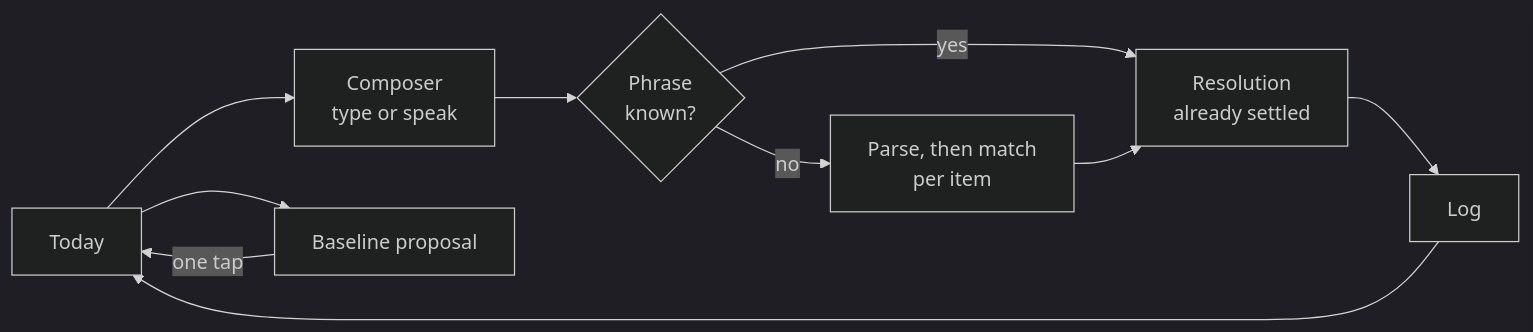
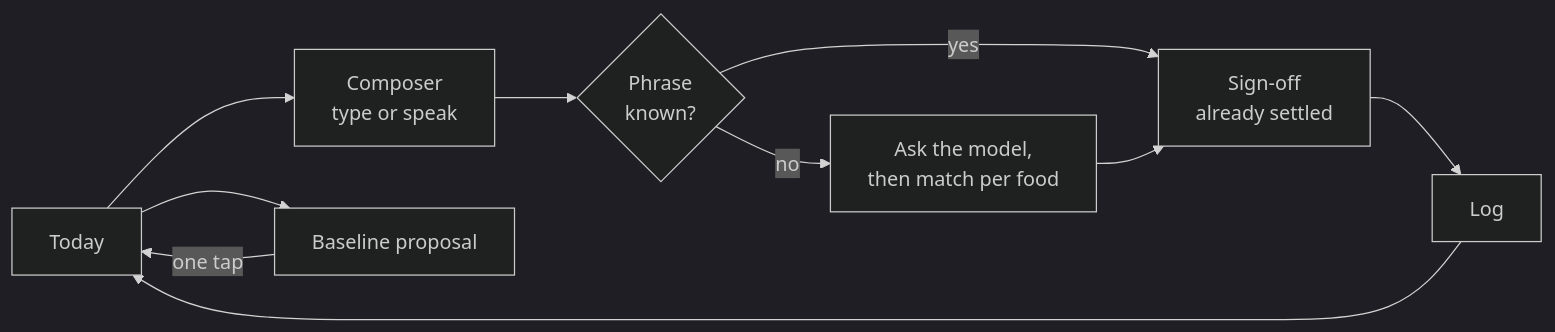
The second of 2 diagrams in PLAN.md (j23n/omnomnom), drawn with Mermaid (dark theme) before and after one commit. The commit also changed other lines of this file and 1 other file, not shown here.

````diff
--- a/PLAN.md
+++ b/PLAN.md
@@ -680,12 +701,12 @@
 ```mermaid
 flowchart LR
   A[Today] --> B[Composer<br/>type or speak]
   B --> C{Phrase<br/>known?}
-  C -->|yes| D[Resolution<br/>already settled]
-  C -->|no| E[Parse, then match<br/>per item]
+  C -->|yes| D[Sign-off<br/>already settled]
+  C -->|no| E[Ask the model,<br/>then match per food]
   E --> D
   D --> F[Log]
   F --> A
   A --> G[Baseline proposal]
   G -->|one tap| A
 ```
````
